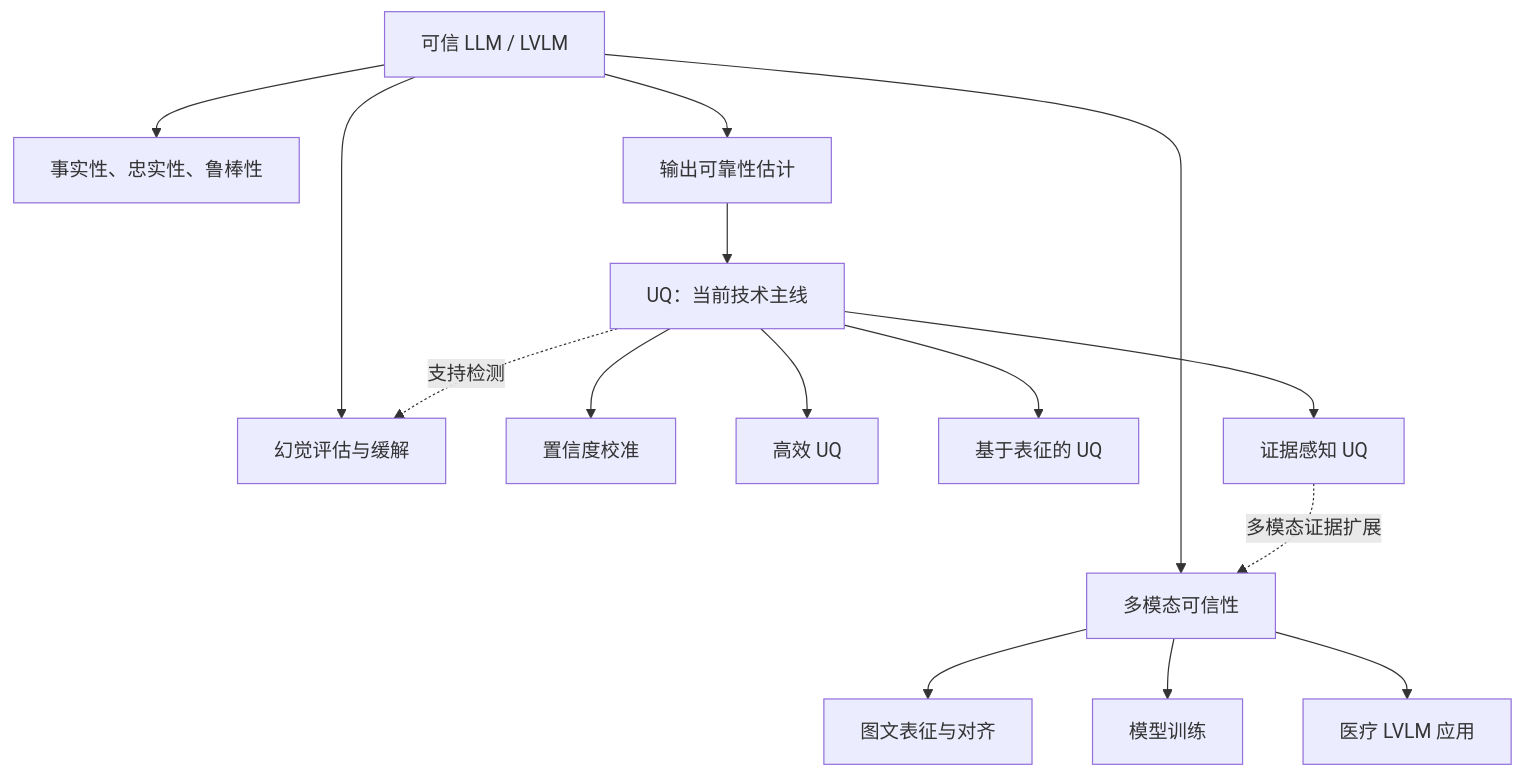
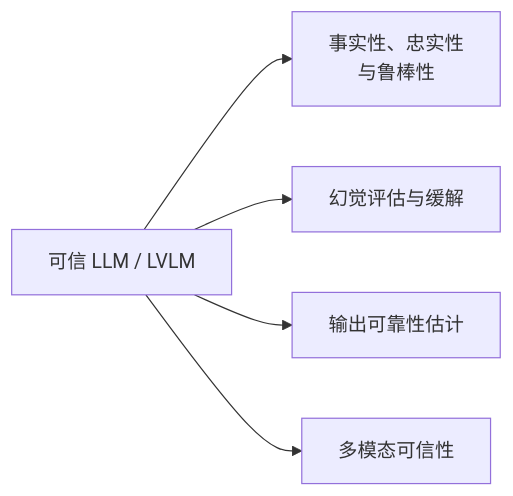
One commit to constantine617/phd-research-notes changed the first of 2 diagrams in docs/research-overview/research-map.md. Above: the diagram before and after it, drawn with Mermaid. The commit also changed other lines of this file and 30 other files, not shown here.

````diff
--- a/docs/research-overview/research-map.md
+++ b/docs/research-overview/research-map.md
@@ -15,19 +17,8 @@
 ```mermaid
-flowchart TD
-    T["可信 LLM / LVLM"] --> G["事实性、忠实性、鲁棒性"]
+flowchart LR
+    T["可信 LLM / LVLM"] --> G["事实性、忠实性<br/>与鲁棒性"]
     T --> H["幻觉评估与缓解"]
     T --> R["输出可靠性估计"]
     T --> M["多模态可信性"]
 
-    R --> U["UQ：当前技术主线"]
-    U --> C["置信度校准"]
-    U --> E["高效 UQ"]
-    U --> P["基于表征的 UQ"]
-    U --> V["证据感知 UQ"]
-    U -. 支持检测 .-> H
-
-    M --> A["图文表征与对齐"]
-    M --> L["模型训练"]
-    M --> D["医疗 LVLM 应用"]
-    V -. 多模态证据扩展 .-> M
 ```
````
